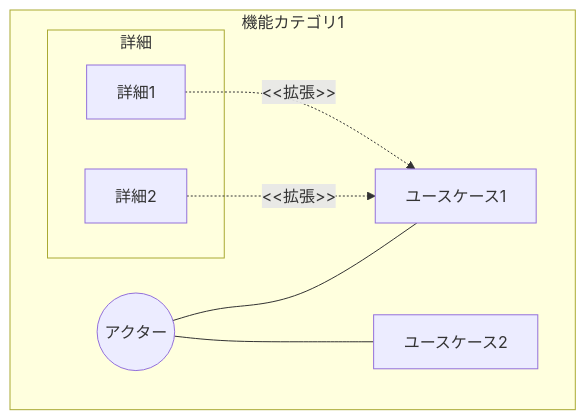
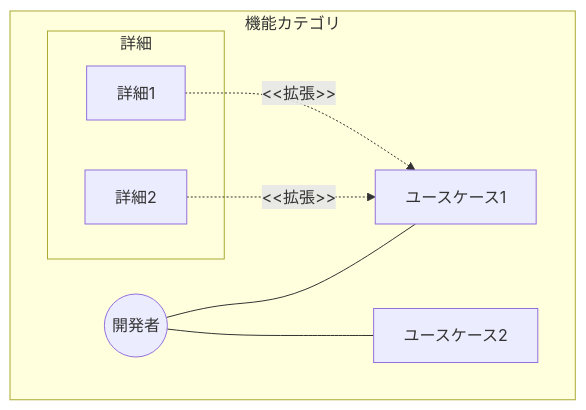
Before and after one commit to ToshikiImagawa/Buruma: the second of 4 diagrams in .sdd/PRD_TEMPLATE.md, drawn with Mermaid. The commit also changed other lines of this file and 2 other files, not shown here.

````diff
--- a/.sdd/PRD_TEMPLATE.md
+++ b/.sdd/PRD_TEMPLATE.md
@@ -102,18 +82,18 @@
 ```mermaid
 graph TB
-    subgraph "機能カテゴリ1"
-        Actor((アクター))
+    subgraph "機能カテゴリ"
+        Actor((開発者))
         UseCase1[ユースケース1]
         UseCase2[ユースケース2]
 
         subgraph "詳細"
             Detail1[詳細1]
             Detail2[詳細2]
         end
     end
 
     Actor --- UseCase1
     Actor --- UseCase2
-    Detail1 -.->|"&lt;&lt;拡張&gt;&gt;"| UseCase1
-    Detail2 -.->|"&lt;&lt;拡張&gt;&gt;"| UseCase1
+    Detail1 -.->|"<<拡張>>"| UseCase1
+    Detail2 -.->|"<<拡張>>"| UseCase1
 ```
````
